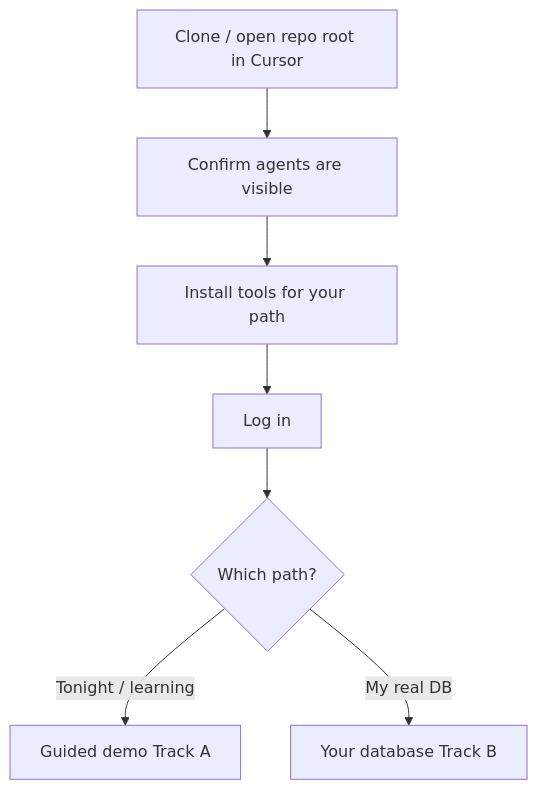
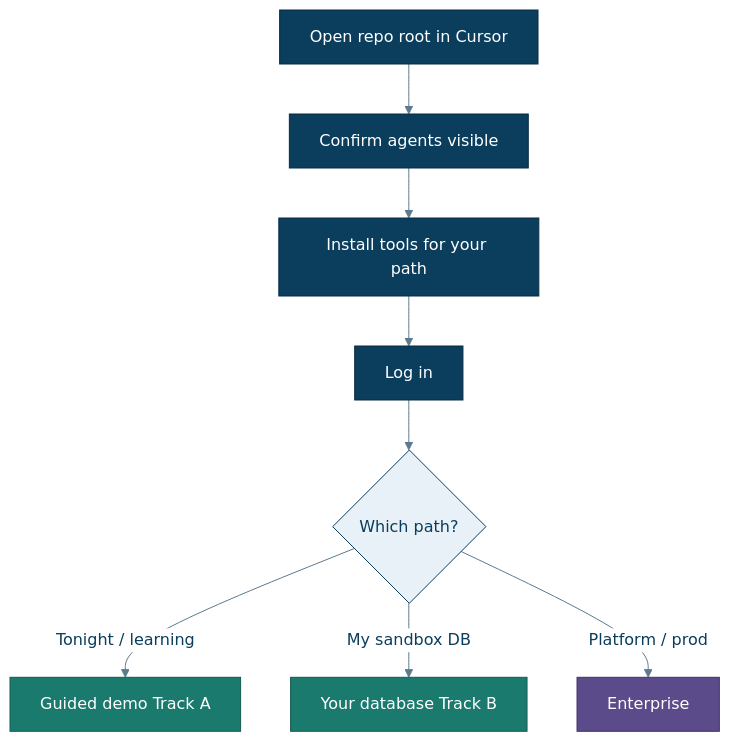
Before and after one commit to Jericho2010/edwmigration: the first of 2 diagrams in docs/getting-started.md, drawn with Mermaid. The commit also changed other lines of this file and 25 other files, not shown here.

First line of the commit message:
Add enterprise SoD docs, themed diagrams, glossary, and Cursor UI guide.

````diff
--- a/docs/getting-started.md
+++ b/docs/getting-started.md
@@ -7,9 +9,17 @@
 ```mermaid
+%%{init: {"theme":"base","themeVariables":{"primaryColor":"#E8F1F8","primaryTextColor":"#0B3D5C","primaryBorderColor":"#0B3D5C","lineColor":"#5B7A8C","secondaryColor":"#E6F4F1","tertiaryColor":"#F7F3EA","background":"#FFFFFF","mainBkg":"#E8F1F8","clusterBkg":"#F7FAFC","clusterBorder":"#5B7A8C","titleColor":"#0B3D5C","edgeLabelBackground":"#FFFFFF"}}}%%
 flowchart TD
-  A[Clone / open repo root in Cursor] --> B[Confirm agents are visible]
+  A[Open repo root in Cursor] --> B[Confirm agents visible]
   B --> C[Install tools for your path]
   C --> D[Log in]
   D --> E{Which path?}
   E -->|Tonight / learning| F[Guided demo Track A]
-  E -->|My real DB| G[Your database Track B]
+  E -->|My sandbox DB| G[Your database Track B]
+  E -->|Platform / prod| H[Enterprise]
+  classDef user fill:#0B3D5C,stroke:#082C43,color:#fff
+  classDef agent fill:#1B7A6E,stroke:#145A51,color:#fff
+  classDef ops fill:#5B4B8A,stroke:#3F3460,color:#fff
+  class A,B,C,D user
+  class F,G agent
+  class H ops
 ```
````
